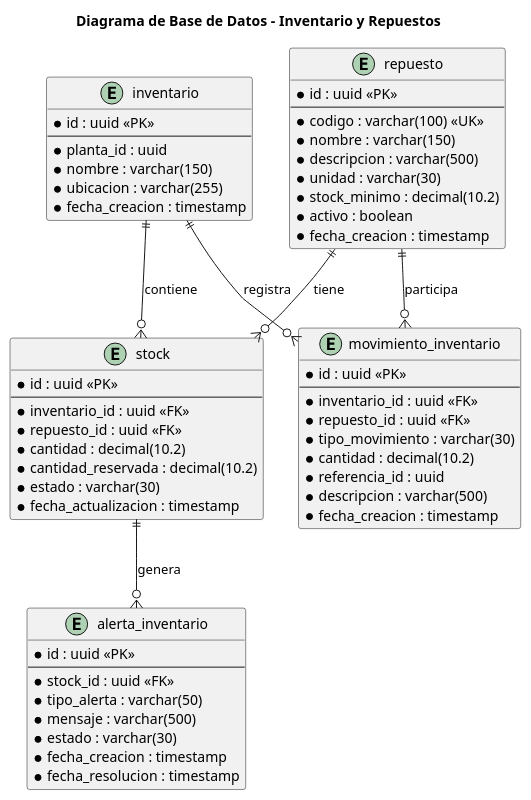
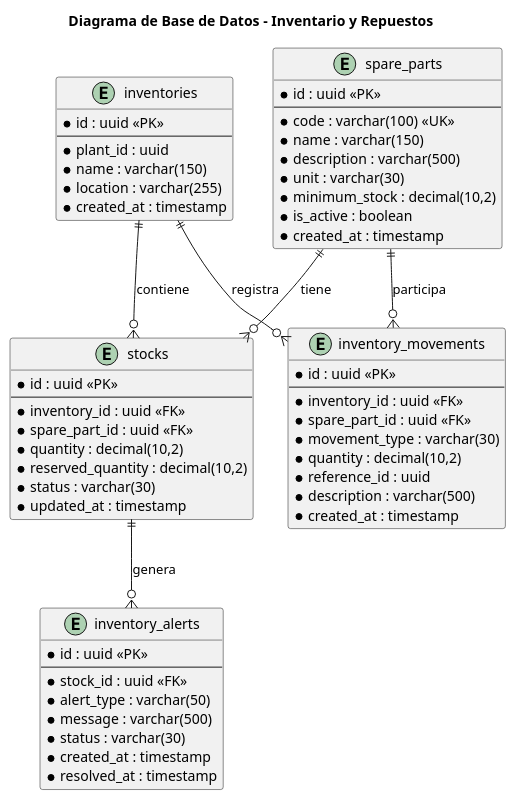
One commit to TechMakers-upc/Report changed the diagram in report/assets/diagrams/database-diagram/database-diagram-BC5.puml. Above: the diagram before and after it, drawn with PlantUML. The commit also changed 30 other files, not shown here.

Commit message:
fix(report): fix conventions in class, database, and c4 diagrams

```diff
--- a/report/assets/diagrams/database-diagram/database-diagram-BC5.puml
+++ b/report/assets/diagrams/database-diagram/database-diagram-BC5.puml
@@ -1,76 +1,74 @@
-@startuml BD_Inventario_Repuestos
-
+@startuml
 title Diagrama de Base de Datos - Inventario y Repuestos
 
 ' almacenes o bodegas registradas
-entity "inventario" as inventario {
+entity "inventories" as inventories {
     * id : uuid <<PK>>
     --
-    * planta_id : uuid
-    * nombre : varchar(150)
-    * ubicacion : varchar(255)
-    * fecha_creacion : timestamp
+    * plant_id : uuid
+    * name : varchar(150)
+    * location : varchar(255)
+    * created_at : timestamp
 }
 
 ' catalogo general de piezas
-entity "repuesto" as repuesto {
+entity "spare_parts" as spare_parts {
     * id : uuid <<PK>>
     --
-    * codigo : varchar(100) <<UK>>
-    * nombre : varchar(150)
-    * descripcion : varchar(500)
-    * unidad : varchar(30)
-    * stock_minimo : decimal(10.2)
-    * activo : boolean
-    * fecha_creacion : timestamp
+    * code : varchar(100) <<UK>>
+    * name : varchar(150)
+    * description : varchar(500)
+    * unit : varchar(30)
+    * minimum_stock : decimal(10,2)
+    * is_active : boolean
+    * created_at : timestamp
 }
 
 ' cantidades disponibles en cada almacen
-entity "stock" as stock {
+entity "stocks" as stocks {
     * id : uuid <<PK>>
     --
-    * inventario_id : uuid <<FK>>
-    * repuesto_id : uuid <<FK>>
-    * cantidad : decimal(10.2)
-    * cantidad_reservada : decimal(10.2)
-    * estado : varchar(30)
-    * fecha_actualizacion : timestamp
+    * inventory_id : uuid <<FK>>
+    * spare_part_id : uuid <<FK>>
+    * quantity : decimal(10,2)
+    * reserved_quantity : decimal(10,2)
+    * status : varchar(30)
+    * updated_at : timestamp
 }
 
 ' historial de entradas salidas y traslados
-entity "movimiento_inventario" as movimiento {
+entity "inventory_movements" as inventory_movements {
     * id : uuid <<PK>>
     --
-    * inventario_id : uuid <<FK>>
-    * repuesto_id : uuid <<FK>>
-    * tipo_movimiento : varchar(30)
-    * cantidad : decimal(10.2)
-    * referencia_id : uuid
-    * descripcion : varchar(500)
-    * fecha_creacion : timestamp
+    * inventory_id : uuid <<FK>>
+    * spare_part_id : uuid <<FK>>
+    * movement_type : varchar(30)
+    * quantity : decimal(10,2)
+    * reference_id : uuid
+    * description : varchar(500)
+    * created_at : timestamp
 }
 
 ' avisos automaticos de stock bajo
-entity "alerta_inventario" as alerta {
+entity "inventory_alerts" as inventory_alerts {
     * id : uuid <<PK>>
     --
     * stock_id : uuid <<FK>>
-    * tipo_alerta : varchar(50)
-    * mensaje : varchar(500)
-    * estado : varchar(30)
-    * fecha_creacion : timestamp
-    * fecha_resolucion : timestamp
+    * alert_type : varchar(50)
+    * message : varchar(500)
+    * status : varchar(30)
+    * created_at : timestamp
+    * resolved_at : timestamp
 }
 
 ' control de existencias
-inventario ||--o{ stock : contiene
-repuesto ||--o{ stock : tiene
+inventories ||--o{ stocks : contiene
+spare_parts ||--o{ stocks : tiene
 
 ' registro de transacciones
-inventario ||--o{ movimiento : registra
-repuesto ||--o{ movimiento : participa
+inventories ||--o{ inventory_movements : registra
+spare_parts ||--o{ inventory_movements : participa
 
 ' alertas generadas por niveles de stock
-stock ||--o{ alerta : genera
-
+stocks ||--o{ inventory_alerts : genera
 @enduml
```
